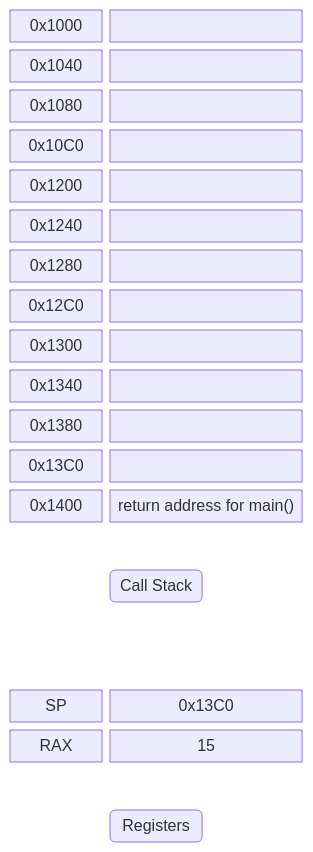
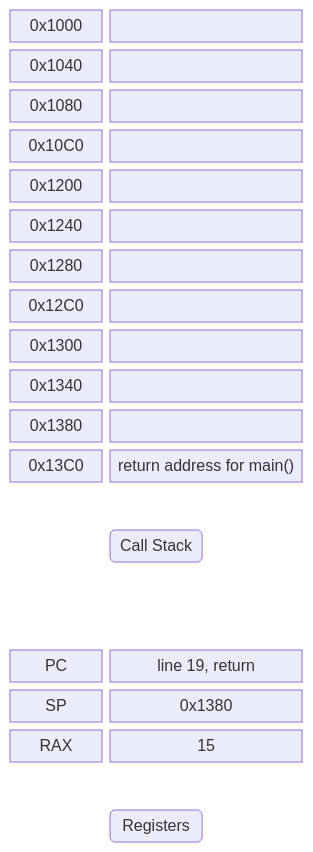
Before and after one commit to GlennVL-AP/cpp-programming-slides: diagram 17 of 19 in slides/session_6/index.md, drawn with Mermaid. The commit also changed other lines of this file, not shown here.

````diff
--- a/slides/session_6/index.md
+++ b/slides/session_6/index.md
@@ -1544,40 +1839,40 @@
 ```mermaid
 block-beta
   columns 3
   addr1["0x1000"]:1
   frame1[" "]:2
   addr2["0x1040"]:1
   frame2[" "]:2
   addr3["0x1080"]:1
   frame3[" "]:2
   addr4["0x10C0"]:1
   frame4[" "]:2
   addr5["0x1200"]:1
   frame5[" "]:2
   addr6["0x1240"]:1
   frame6[" "]:2
   addr7["0x1280"]:1
   frame7[" "]:2
   addr8["0x12C0"]:1
   frame8[" "]:2
   addr9["0x1300"]:1
   frame9[" "]:2
   addr10["0x1340"]:1
   frame10[" "]:2
   addr11["0x1380"]:1
   frame11[" "]:2
   addr12["0x13C0"]:1
-  frame12[" "]:2
-  addr13["0x1400"]:1
-  frame13["return address for main()"]:2
+  frame12["return address for main()"]:2
   space:3
   space callstack("Call Stack") space
   space:3
   space:3
-  reg1["SP"]:1
-  regval1["0x13C0"]:2
-  reg2["RAX"]:1
-  regval2["15"]:2
+  reg1["PC"]:1
+  regval1["line 19, return"]:2
+  reg2["SP"]:1
+  regval2["0x1380"]:2
+  reg3["RAX"]:1
+  regval3["15"]:2
   space:3
   space registers("Registers") space
 ```
````
